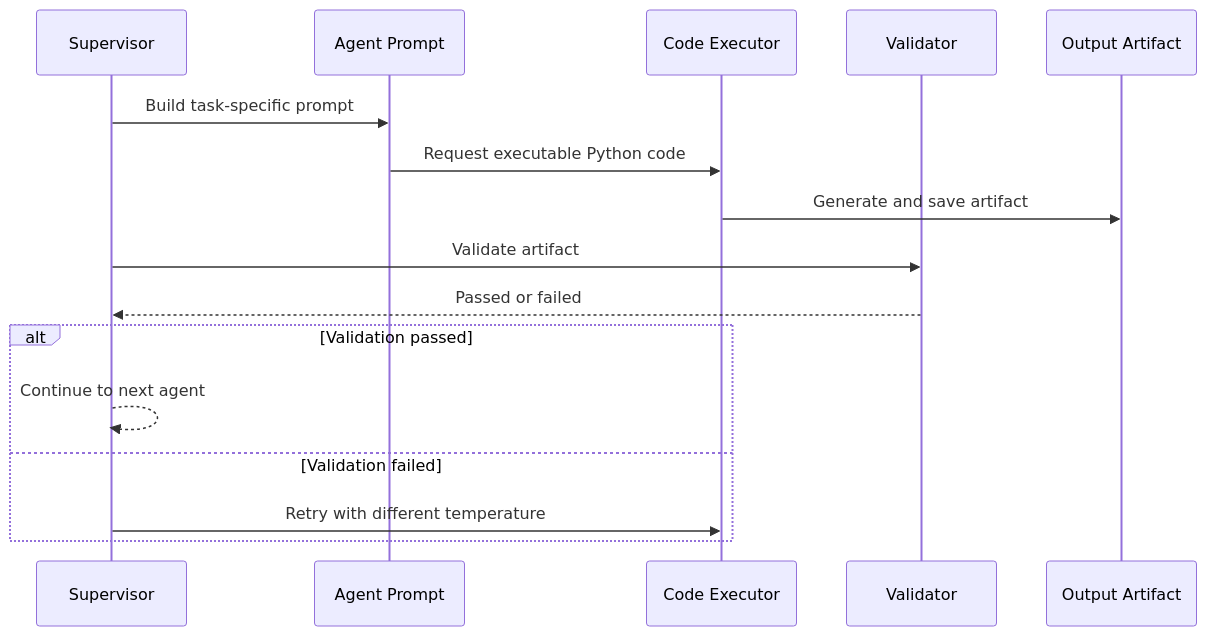
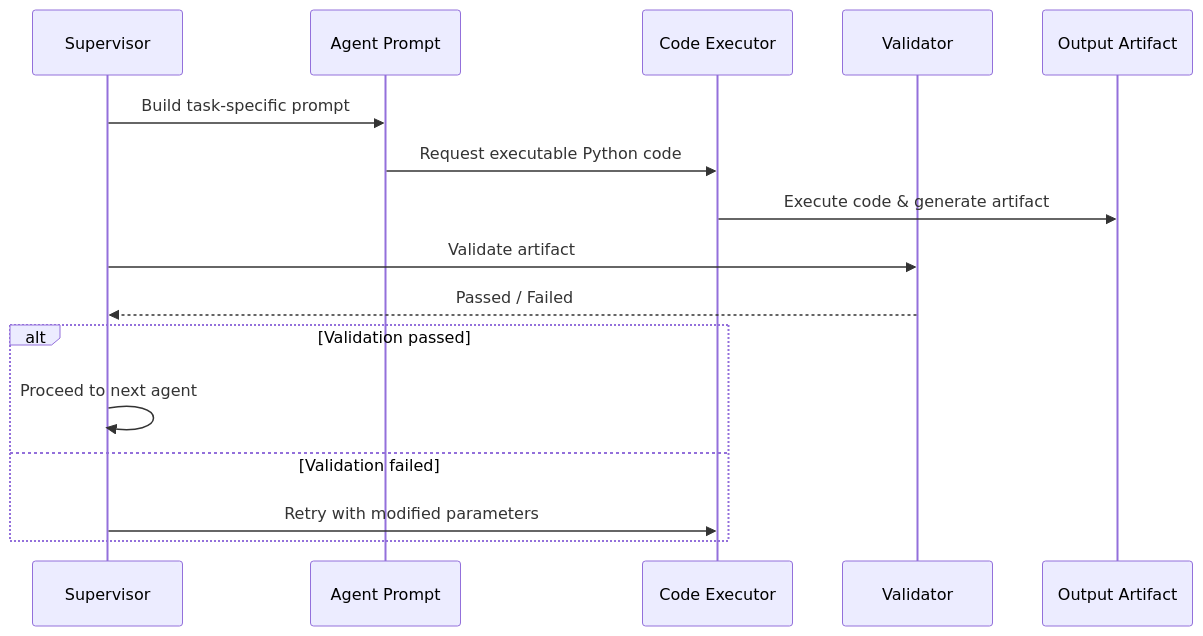
One commit to stefanotractor/FBI-Agents-817541 changed the fifth of 8 diagrams in README.md. Above: the diagram before and after it, drawn with Mermaid. The commit also changed other lines of this file and 10 other files, not shown here.

````diff
--- a/README.md
+++ b/README.md
@@ -513,20 +513,21 @@
 ```mermaid
 sequenceDiagram
     participant S as Supervisor
     participant A as Agent Prompt
     participant C as Code Executor
     participant V as Validator
     participant O as Output Artifact
 
     S->>A: Build task-specific prompt
     A->>C: Request executable Python code
-    C->>O: Generate and save artifact
+    C->>O: Execute code & generate artifact
+
     S->>V: Validate artifact
-    V-->>S: Passed or failed
+    V-->>S: Passed / Failed
 
     alt Validation passed
-        S-->>S: Continue to next agent
+        S->>S: Proceed to next agent
     else Validation failed
-        S->>C: Retry with different temperature
+        S->>C: Retry with modified parameters
     end
 ```
````
